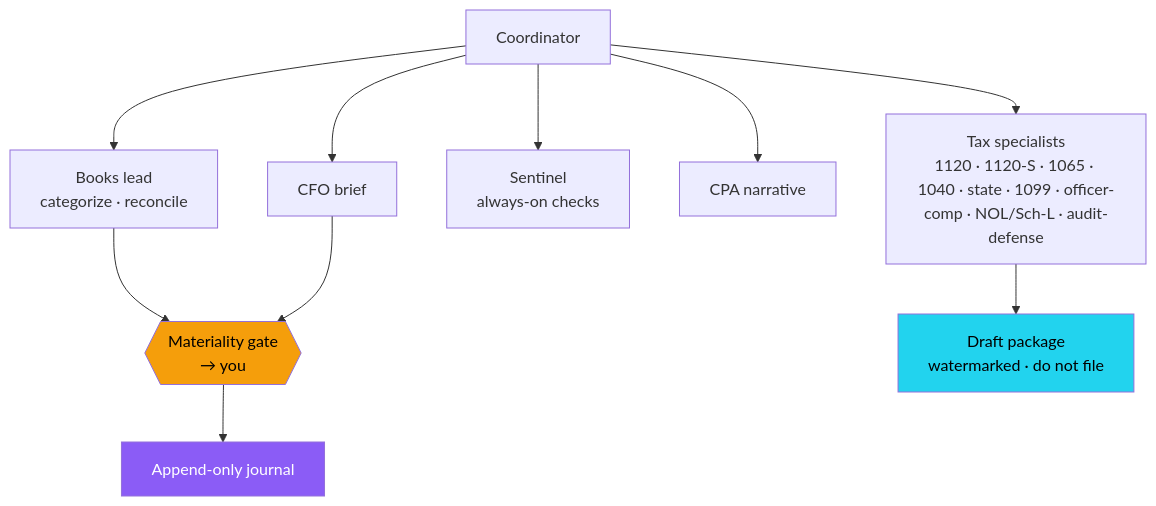
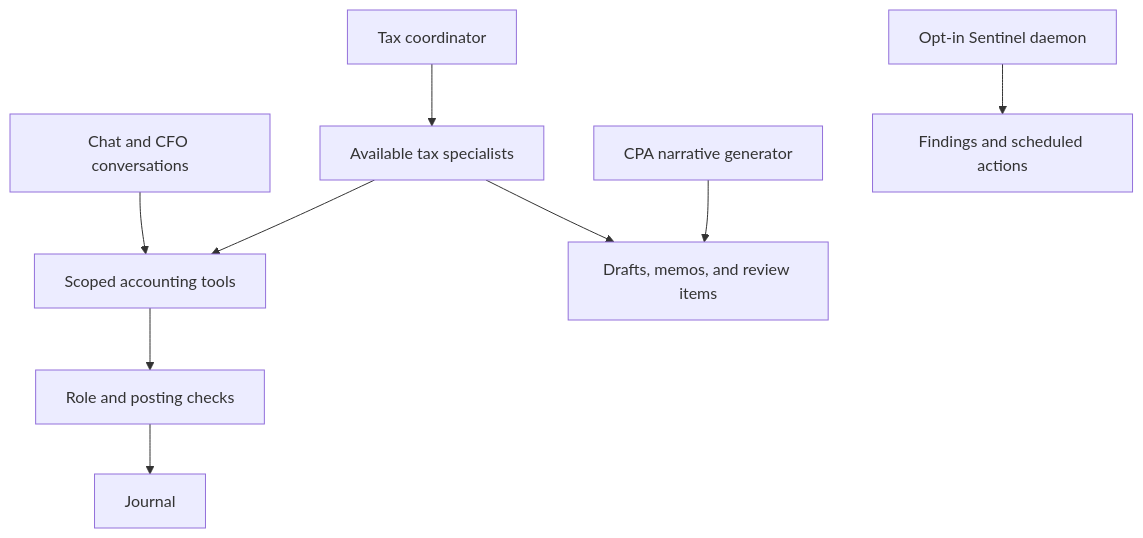
One commit to Unicorn-Commander/Accounting-Ops changed the second of 3 diagrams in README.md. Above: the diagram before and after it, drawn with Mermaid. The commit also changed other lines of this file, not shown here.

````diff
--- a/README.md
+++ b/README.md
@@ -175,15 +279,11 @@
 ```mermaid
 flowchart TB
-    COORD["Coordinator"] --> BOOKS["Books lead<br/>categorize · reconcile"]
-    COORD --> CFO["CFO brief"]
-    COORD --> SENT["Sentinel<br/>always-on checks"]
-    COORD --> NARR["CPA narrative"]
-    COORD --> TAX["Tax specialists<br/>1120 · 1120-S · 1065 · 1040 · state · 1099 · officer-comp · NOL/Sch-L · audit-defense"]
-    BOOKS --> GATE{{"Materiality gate<br/>→ you"}}
-    CFO --> GATE
-    TAX --> DRAFT["Draft package<br/>watermarked · do not file"]
-    GATE --> JOURNAL["Append-only journal"]
-    style GATE fill:#F59E0B,color:#000
-    style JOURNAL fill:#8B5CF6,color:#fff
-    style DRAFT fill:#22D3EE,color:#000
+    CHAT["Chat and CFO conversations"] --> TOOLS["Scoped accounting tools"]
+    COORD["Tax coordinator"] --> SPECIALISTS["Available tax specialists"]
+    SPECIALISTS --> TOOLS
+    SPECIALISTS --> DRAFTS["Drafts, memos, and review items"]
+    NARRATIVE["CPA narrative generator"] --> DRAFTS
+    SENTINEL["Opt-in Sentinel daemon"] --> FINDINGS["Findings and scheduled actions"]
+    TOOLS --> GATE["Role and posting checks"]
+    GATE --> LEDGER["Journal"]
 ```
````
